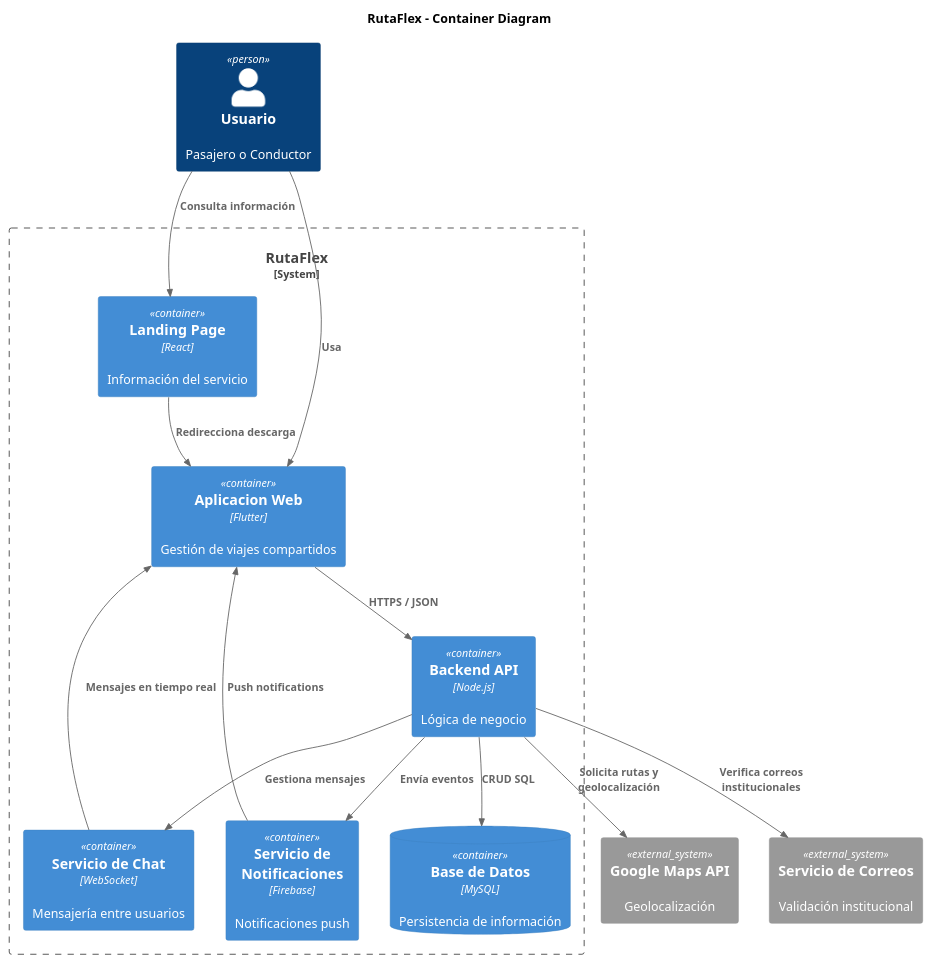
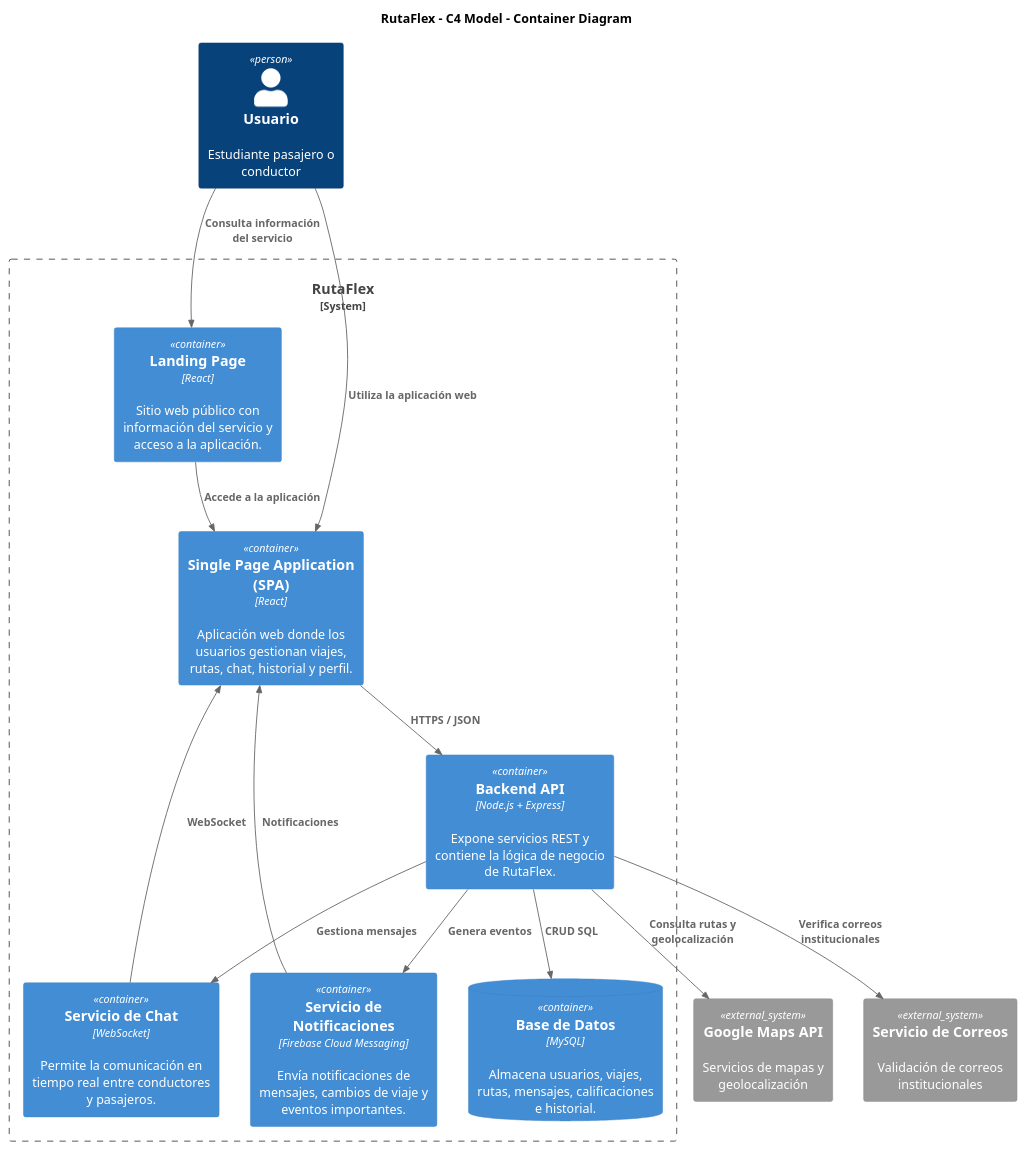
One commit to Angel-J11/UML-PROYECTO changed the diagram in C4/C4_nivel2.puml. Above: the diagram before and after it, drawn with PlantUML. The commit also changed 4 other files, not shown here.

```diff
--- a/C4/C4_nivel2.puml
+++ b/C4/C4_nivel2.puml
@@ -1,37 +1,44 @@
 @startuml
 !include https://raw.githubusercontent.com/plantuml-stdlib/C4-PlantUML/master/C4_Container.puml
 
-title RutaFlex - Container Diagram
+title RutaFlex - C4 Model - Container Diagram
 
-Person(usuario, "Usuario", "Pasajero o Conductor")
+Person(usuario, "Usuario", "Estudiante pasajero o conductor")
 
-System_Boundary(system, "RutaFlex") {
+System_Boundary(rutaflex, "RutaFlex") {
 
-    Container(web, "Landing Page", "React", "Información del servicio")
-    Container(app, "Aplicacion Web", "Flutter", "Gestión de viajes compartidos")
-    Container(api, "Backend API", "Node.js", "Lógica de negocio")
-    Container(chat, "Servicio de Chat", "WebSocket", "Mensajería entre usuarios")
-    ContainerDb(db, "Base de Datos", "MySQL", "Persistencia de información")
-    Container(notification, "Servicio de Notificaciones", "Firebase", "Notificaciones push")
+    Container(landing, "Landing Page", "React", "Sitio web público con información del servicio y acceso a la aplicación.")
+
+    Container(spa, "Single Page Application (SPA)", "React", "Aplicación web donde los usuarios gestionan viajes, rutas, chat, historial y perfil.")
+
+    Container(api, "Backend API", "Node.js + Express", "Expone servicios REST y contiene la lógica de negocio de RutaFlex.")
+
+    Container(chat, "Servicio de Chat", "WebSocket", "Permite la comunicación en tiempo real entre conductores y pasajeros.")
+
+    ContainerDb(db, "Base de Datos", "MySQL", "Almacena usuarios, viajes, rutas, mensajes, calificaciones e historial.")
+
+    Container(notification, "Servicio de Notificaciones", "Firebase Cloud Messaging", "Envía notificaciones de mensajes, cambios de viaje y eventos importantes.")
 }
 
-System_Ext(googlemaps, "Google Maps API", "Geolocalización")
-System_Ext(emailservice, "Servicio de Correos", "Validación institucional")
+System_Ext(googlemaps, "Google Maps API", "Servicios de mapas y geolocalización")
+System_Ext(emailservice, "Servicio de Correos", "Validación de correos institucionales")
 
-Rel(usuario, web, "Consulta información")
-Rel(usuario, app, "Usa")
+Rel(usuario, landing, "Consulta información del servicio")
+Rel(usuario, spa, "Utiliza la aplicación web")
 
-Rel(web, app, "Redirecciona descarga")
-Rel(app, api, "HTTPS / JSON")
+Rel(landing, spa, "Accede a la aplicación")
+
+Rel(spa, api, "HTTPS / JSON")
+
 Rel(api, db, "CRUD SQL")
 
 Rel(api, chat, "Gestiona mensajes")
-Rel(chat, app, "Mensajes en tiempo real")
+Rel(chat, spa, "WebSocket")
 
-Rel(api, notification, "Envía eventos")
-Rel(notification, app, "Push notifications")
+Rel(api, notification, "Genera eventos")
+Rel(notification, spa, "Notificaciones")
 
-Rel(api, googlemaps, "Solicita rutas y geolocalización")
+Rel(api, googlemaps, "Consulta rutas y geolocalización")
 Rel(api, emailservice, "Verifica correos institucionales")
 
 @enduml
```
